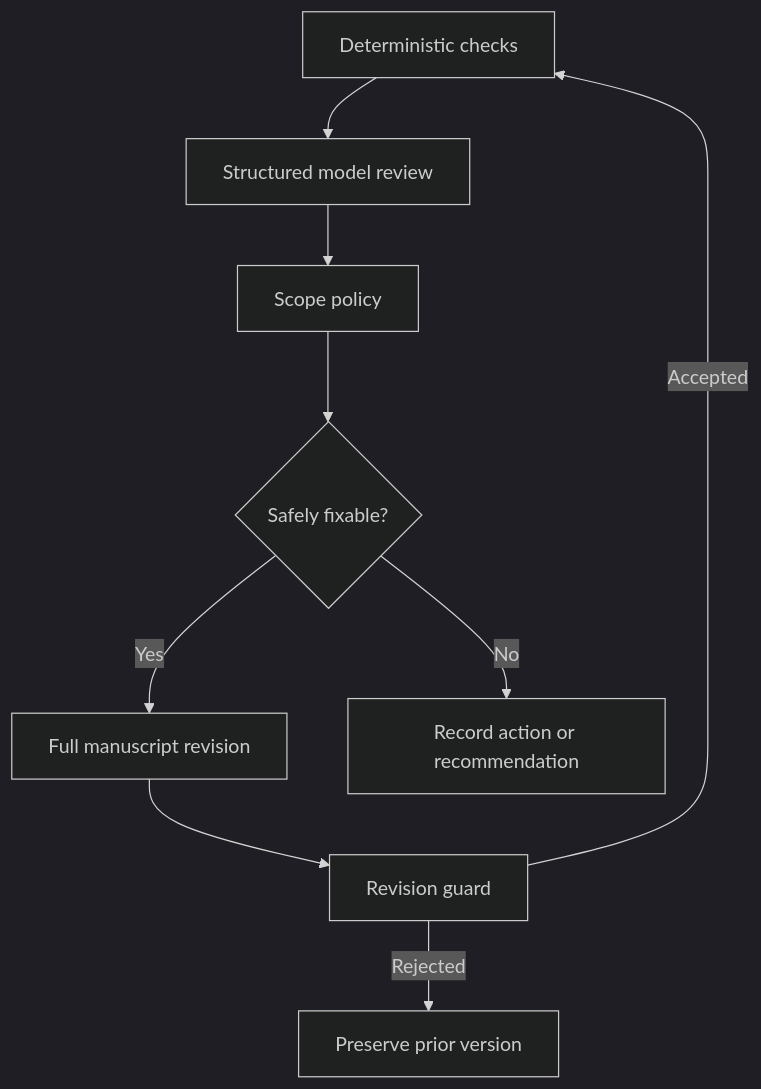
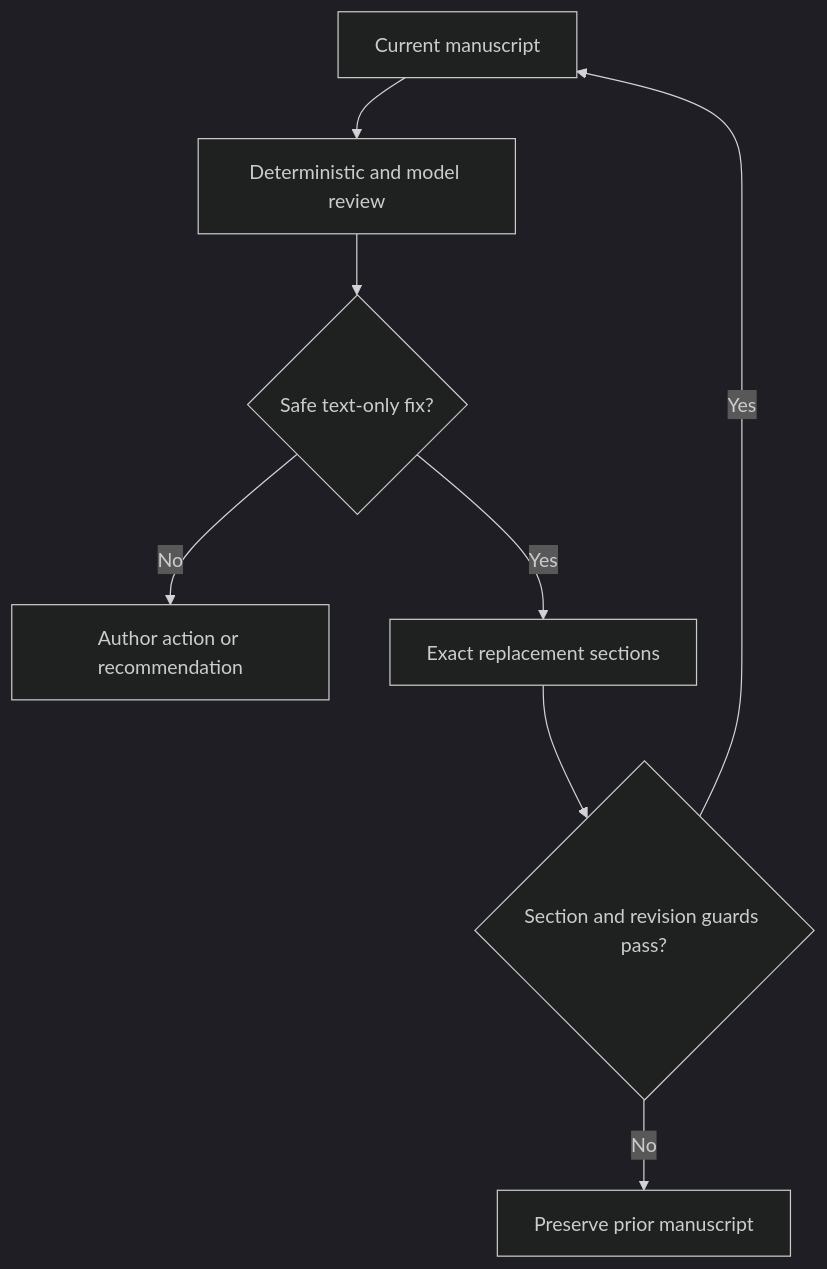
One commit to vsagar100/paperforge-agent changed the second of 2 diagrams in docs/ARCHITECTURE.md. Above: the diagram before and after it, drawn with Mermaid (dark theme). The commit also changed other lines of this file and 31 other files, not shown here.

````diff
--- a/docs/ARCHITECTURE.md
+++ b/docs/ARCHITECTURE.md
@@ -96,11 +135,10 @@
 ```mermaid
 flowchart TD
-    A["Deterministic checks"] --> B["Structured model review"]
-    B --> C["Scope policy"]
-    C --> D{"Safely fixable?"}
-    D -- Yes --> E["Full manuscript revision"]
-    E --> F["Revision guard"]
-    F -- Accepted --> A
-    F -- Rejected --> G["Preserve prior version"]
-    D -- No --> H["Record action or recommendation"]
+    A["Current manuscript"] --> B["Deterministic and model review"]
+    B --> C{"Safe text-only fix?"}
+    C -- No --> D["Author action or recommendation"]
+    C -- Yes --> E["Exact replacement sections"]
+    E --> F{"Section and revision guards pass?"}
+    F -- No --> G["Preserve prior manuscript"]
+    F -- Yes --> A
 ```
````
